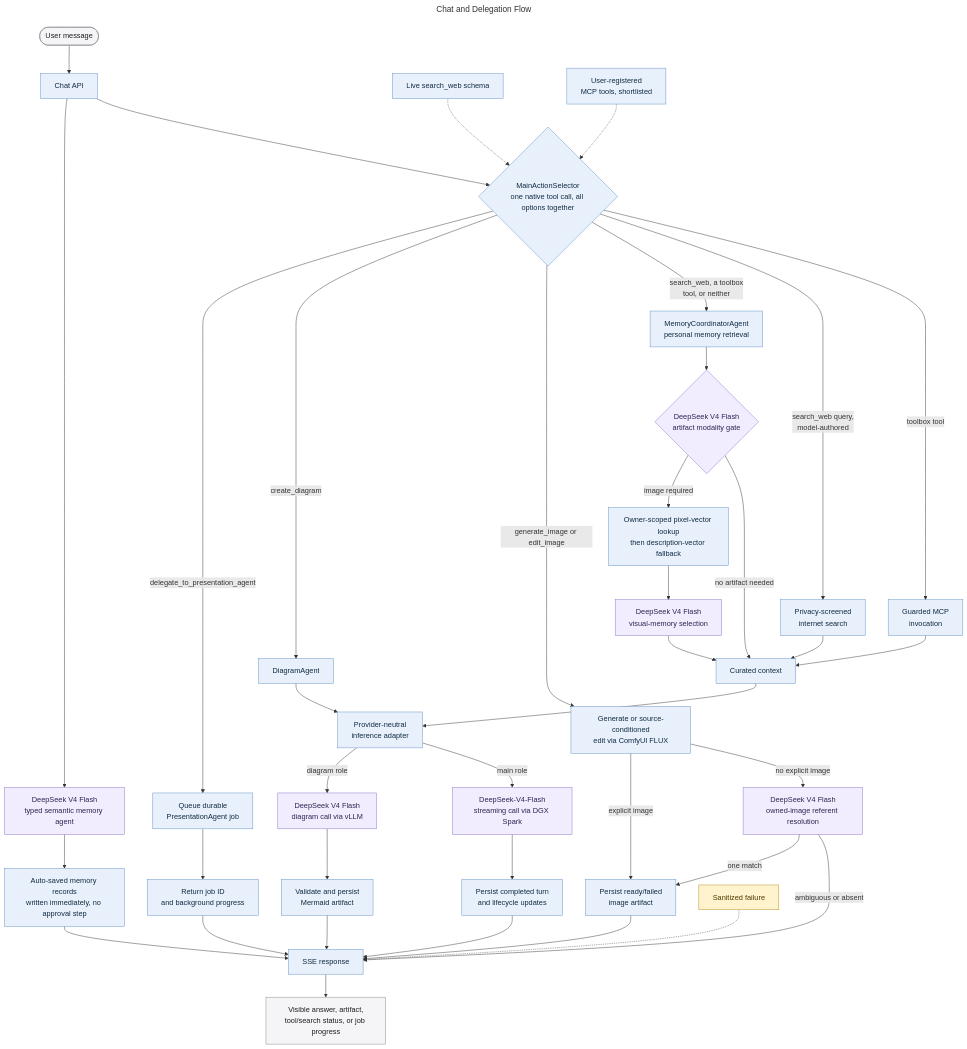
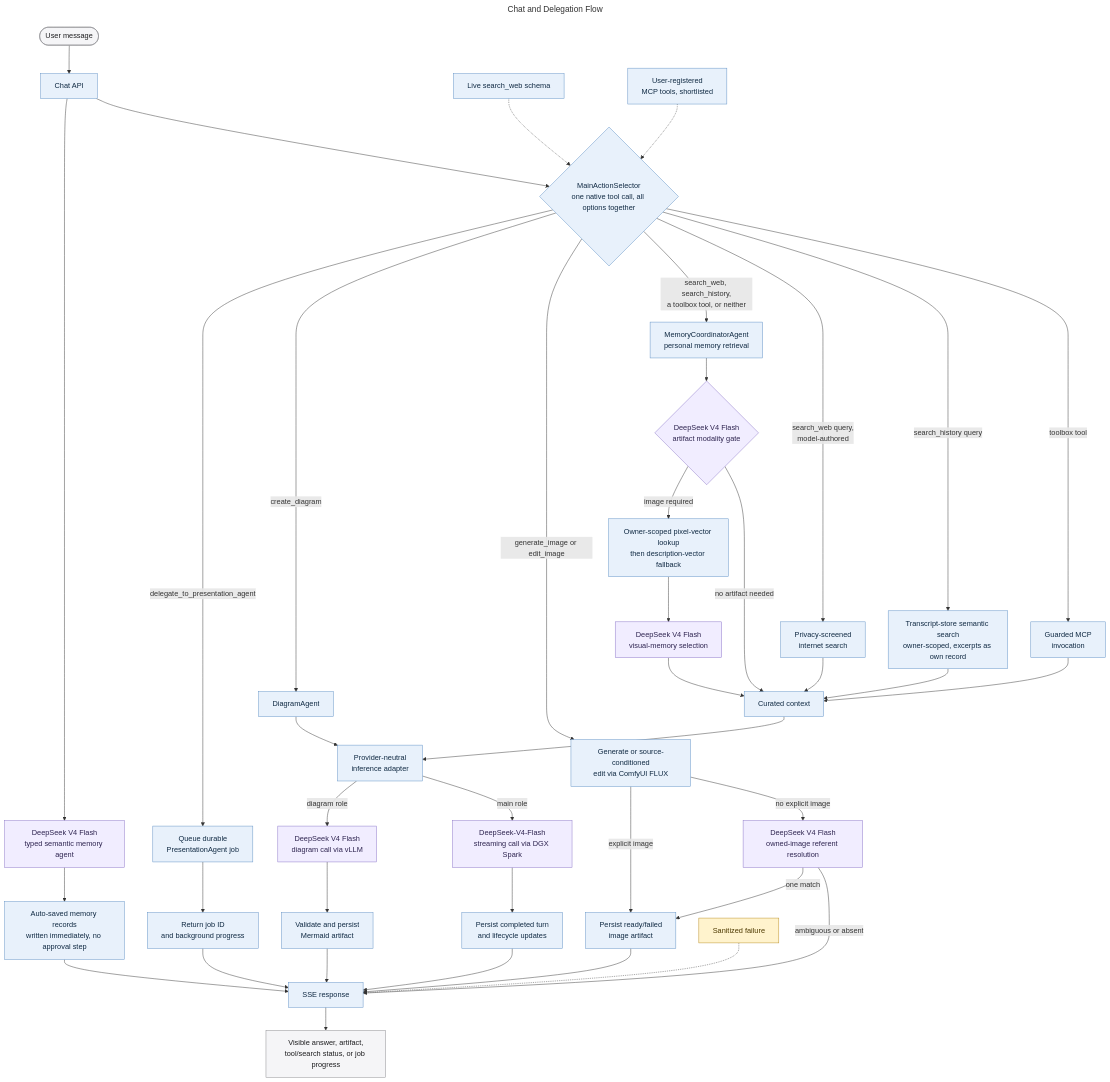
The diagram in docs/diagrams/chat-orchestration.mmd (MallyaAni/PersonalAssistant), drawn with Mermaid before and after one commit. The commit also changed 12 other files, not shown here.

```diff
--- a/docs/diagrams/chat-orchestration.mmd
+++ b/docs/diagrams/chat-orchestration.mmd
@@ -1,57 +1,59 @@
 ---
 title: Chat and Delegation Flow
 ---
 flowchart TB
     User([User message]) --> API[Chat API]
     API --> Interest[DeepSeek V4 Flash<br/>typed semantic memory agent]
     Interest --> Proposal[Auto-saved memory records<br/>written immediately, no approval step]
     API --> Selector{MainActionSelector<br/>one native tool call, all options together}
     Search_Tool[Live search_web schema] -.-> Selector
     Toolbox[User-registered<br/>MCP tools, shortlisted] -.-> Selector
 
     Selector -->|delegate_to_presentation_agent| Presentation[Queue durable<br/>PresentationAgent job]
     Presentation --> Progress[Return job ID<br/>and background progress]
 
     Selector -->|create_diagram| Diagram[DiagramAgent]
     Diagram --> Inference[Provider-neutral<br/>inference adapter]
     Inference -->|diagram role| DiagramModel[DeepSeek V4 Flash<br/>diagram call via vLLM]
     DiagramModel --> Artifact[Validate and persist<br/>Mermaid artifact]
 
     Selector -->|generate_image or edit_image| ImageAction[Generate or source-conditioned<br/>edit via ComfyUI FLUX]
     ImageAction -->|explicit image| ImageArtifact[Persist ready/failed<br/>image artifact]
     ImageAction -->|no explicit image| Referent[DeepSeek V4 Flash<br/>owned-image referent resolution]
     Referent -->|one match| ImageArtifact
     Referent -->|ambiguous or absent| Stream
 
-    Selector -->|search_web, a toolbox<br/>tool, or neither| Memory[MemoryCoordinatorAgent<br/>personal memory retrieval]
+    Selector -->|search_web, search_history,<br/>a toolbox tool, or neither| Memory[MemoryCoordinatorAgent<br/>personal memory retrieval]
     Memory --> ArtifactGate{DeepSeek V4 Flash<br/>artifact modality gate}
     ArtifactGate -->|image required| Visual[Owner-scoped pixel-vector lookup<br/>then description-vector fallback]
     ArtifactGate -->|no artifact needed| Context[Curated context]
     Visual --> VisualPolicy[DeepSeek V4 Flash<br/>visual-memory selection]
     VisualPolicy --> Context
     Selector -->|search_web query,<br/>model-authored| Search[Privacy-screened<br/>internet search]
+    Selector -->|search_history query| History[Transcript-store semantic search<br/>owner-scoped, excerpts as own record]
     Selector -->|toolbox tool| MCP[Guarded MCP<br/>invocation]
     MCP --> Context
     Search --> Context
+    History --> Context
 
     Context --> Inference
     Inference -->|main role| Main[DeepSeek-V4-Flash<br/>streaming call via DGX Spark]
     Main --> Persist[Persist completed turn<br/>and lifecycle updates]
     Persist --> Stream[SSE response]
     Proposal --> Stream
 
     Artifact --> Stream
     ImageArtifact --> Stream
     Progress --> Stream
     Stream --> UI[Visible answer, artifact,<br/>tool/search status, or job progress]
 
     Failure[Sanitized failure] -.-> Stream
 
     classDef interface fill:#f5f5f7,stroke:#86868b,color:#1d1d1f;
     classDef application fill:#e8f1fb,stroke:#5e8fc4,color:#102a43;
     classDef model fill:#f1edff,stroke:#8872c6,color:#2e2450;
     classDef failure fill:#fff3cd,stroke:#b78b20,color:#4d3900;
     class User,UI interface;
-    class API,Selector,Search_Tool,Toolbox,Presentation,Progress,Diagram,Artifact,ImageAction,ImageArtifact,Memory,Visual,MCP,Search,Context,Inference,Persist,Stream,Proposal application;
+    class API,Selector,Search_Tool,Toolbox,Presentation,Progress,Diagram,Artifact,ImageAction,ImageArtifact,Memory,Visual,MCP,Search,History,Context,Inference,Persist,Stream,Proposal application;
     class Main,DiagramModel,Interest,ArtifactGate,VisualPolicy,Referent model;
     class Failure failure;
```
